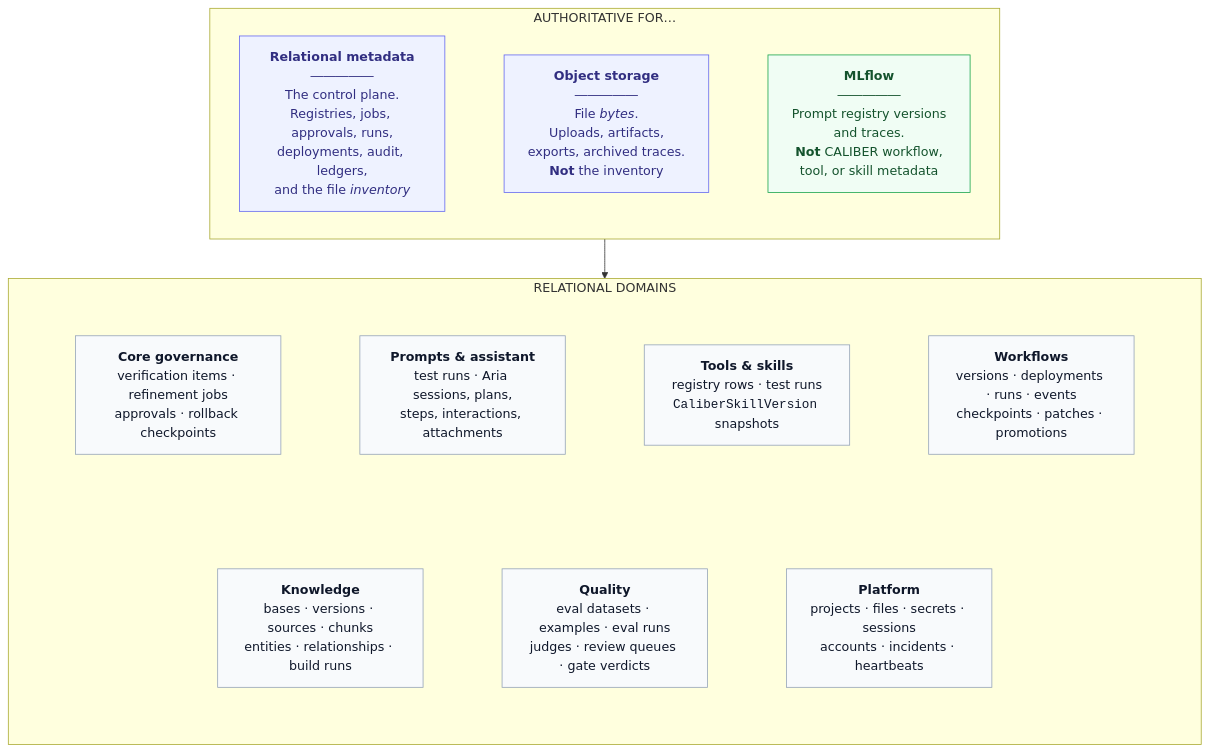
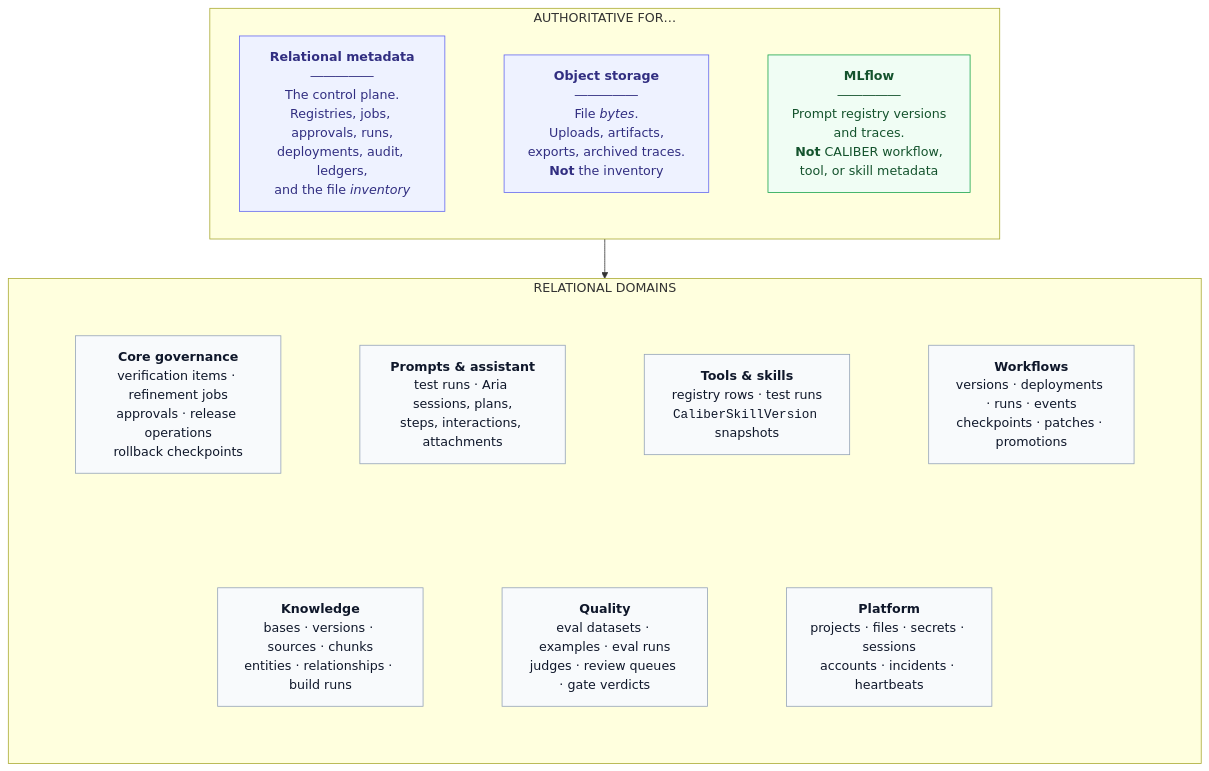
One commit to rrahimi-uci/caliber-suite changed the seventh of 8 diagrams in ARCHITECTURE.md. Above: the diagram before and after it, drawn with Mermaid. The commit also changed other lines of this file and 54 other files, not shown here.

````diff
--- a/ARCHITECTURE.md
+++ b/ARCHITECTURE.md
@@ -473,40 +473,40 @@
 ```mermaid
 flowchart TB
     subgraph OWN["AUTHORITATIVE FOR…"]
       direction LR
       o1["<b>Relational metadata</b><br/>―――――<br/>The control plane.<br/>Registries, jobs, approvals, runs,<br/>deployments, audit, ledgers,<br/>and the file <i>inventory</i>"]:::store
       o2["<b>Object storage</b><br/>―――――<br/>File <i>bytes</i>.<br/>Uploads, artifacts,<br/>exports, archived traces.<br/><b>Not</b> the inventory"]:::store
       o3["<b>MLflow</b><br/>―――――<br/>Prompt registry versions<br/>and traces.<br/><b>Not</b> CALIBER workflow,<br/>tool, or skill metadata"]:::ext
       o1 --- o2 --- o3
     end
 
     subgraph DOM["RELATIONAL DOMAINS"]
       direction TB
       subgraph DR1[" "]
         direction LR
-        m1["<b>Core governance</b><br/>verification items · refinement jobs<br/>approvals · rollback checkpoints"]:::dom
+        m1["<b>Core governance</b><br/>verification items · refinement jobs<br/>approvals · release operations<br/>rollback checkpoints"]:::dom
         m2["<b>Prompts &amp; assistant</b><br/>test runs · Aria sessions, plans,<br/>steps, interactions, attachments"]:::dom
         m3["<b>Tools &amp; skills</b><br/>registry rows · test runs<br/><code>CaliberSkillVersion</code> snapshots"]:::dom
         m4["<b>Workflows</b><br/>versions · deployments · runs · events<br/>checkpoints · patches · promotions"]:::dom
         m1 --- m2 --- m3 --- m4
       end
       subgraph DR2[" "]
         direction LR
         m5["<b>Knowledge</b><br/>bases · versions · sources · chunks<br/>entities · relationships · build runs"]:::dom
         m6["<b>Quality</b><br/>eval datasets · examples · eval runs<br/>judges · review queues · gate verdicts"]:::dom
         m7["<b>Platform</b><br/>projects · files · secrets · sessions<br/>accounts · incidents · heartbeats"]:::dom
         m5 --- m6 --- m7
       end
       DR1 --- DR2
     end
 
     OWN --> DOM
 
     linkStyle 0,1,2,3,4,5,6,7 stroke:transparent,stroke-width:0px
     style DR1 fill:none,stroke:none
     style DR2 fill:none,stroke:none
 
     classDef store fill:#eef2ff,stroke:#6366f1,color:#312e81;
     classDef ext fill:#f0fdf4,stroke:#16a34a,color:#14532d;
     classDef dom fill:#f8fafc,stroke:#94a3b8,color:#0f172a;
 ```
````
